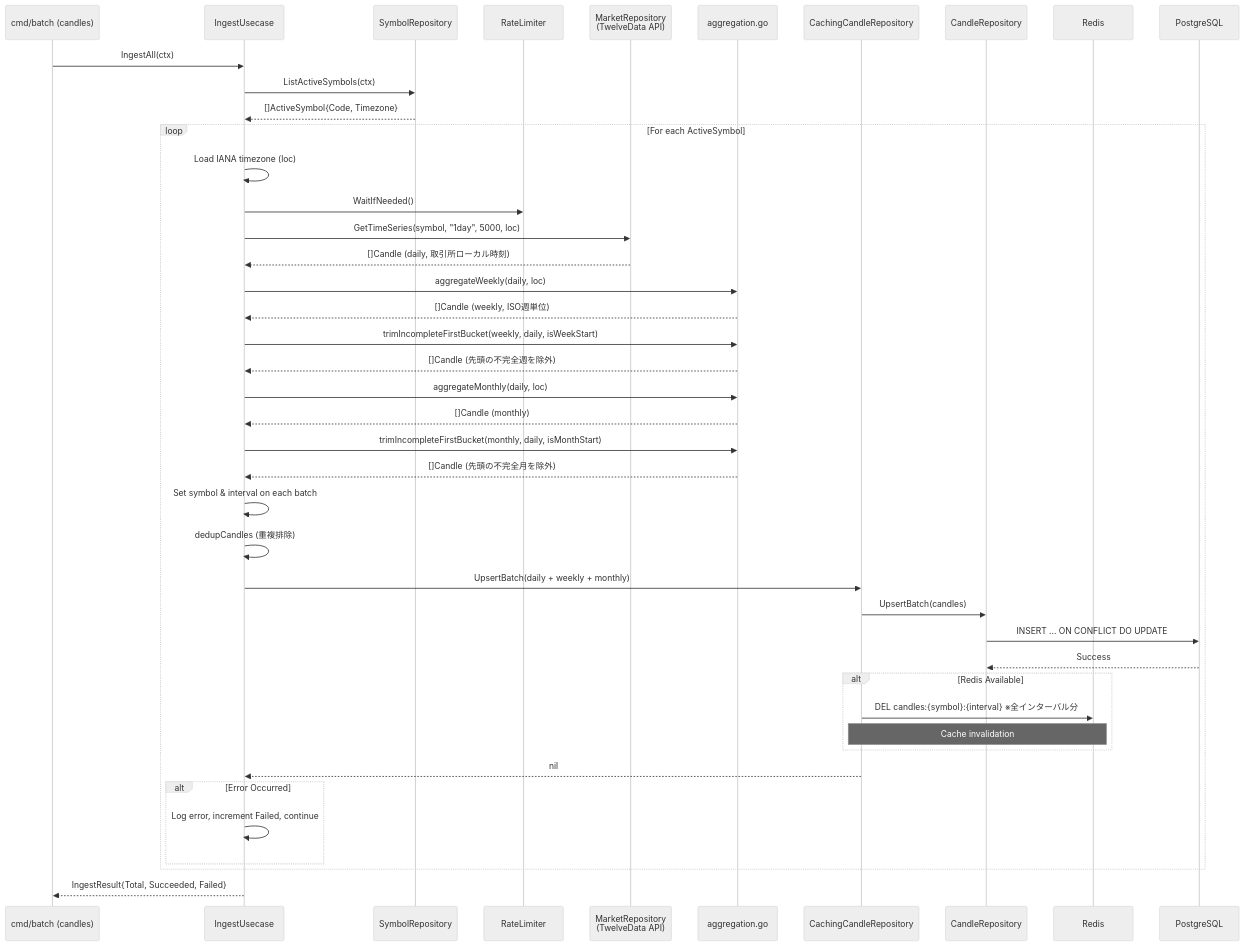
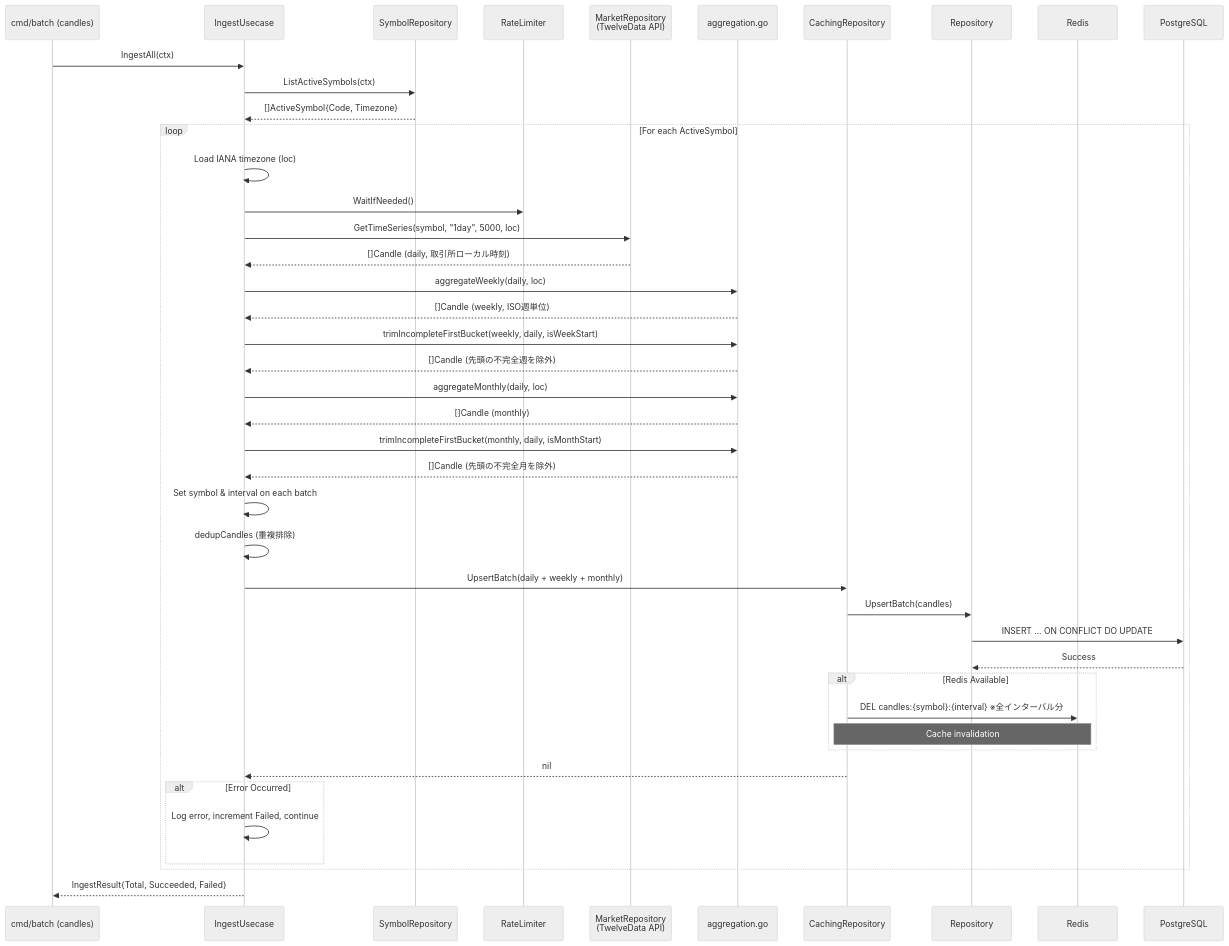
One commit to UCHIDAnobuhiro/stock_backend changed the second of 3 diagrams in internal/feature/candles/README.md. Above: the diagram before and after it, drawn with Mermaid (neutral theme). The commit also changed other lines of this file and 41 other files, not shown here.

````diff
--- a/internal/feature/candles/README.md
+++ b/internal/feature/candles/README.md
@@ -67,54 +67,54 @@
 ```mermaid
 sequenceDiagram
     participant Main as cmd/batch (candles)
     participant Usecase as IngestUsecase
     participant SymbolRepo as SymbolRepository
     participant RateLimiter
     participant Market as MarketRepository<br/>(TwelveData API)
     participant Aggregation as aggregation.go
-    participant Cache as CachingCandleRepository
-    participant Repository as CandleRepository
+    participant Cache as CachingRepository
+    participant Repository as Repository
     participant Redis
     participant DB as PostgreSQL
 
     Main->>Usecase: IngestAll(ctx)
     Usecase->>SymbolRepo: ListActiveSymbols(ctx)
     SymbolRepo-->>Usecase: []ActiveSymbol{Code, Timezone}
 
     loop For each ActiveSymbol
         Usecase->>Usecase: Load IANA timezone (loc)
         Usecase->>RateLimiter: WaitIfNeeded()
         Usecase->>Market: GetTimeSeries(symbol, "1day", 5000, loc)
         Market-->>Usecase: []Candle (daily, 取引所ローカル時刻)
 
         Usecase->>Aggregation: aggregateWeekly(daily, loc)
         Aggregation-->>Usecase: []Candle (weekly, ISO週単位)
         Usecase->>Aggregation: trimIncompleteFirstBucket(weekly, daily, isWeekStart)
         Aggregation-->>Usecase: []Candle (先頭の不完全週を除外)
 
         Usecase->>Aggregation: aggregateMonthly(daily, loc)
         Aggregation-->>Usecase: []Candle (monthly)
         Usecase->>Aggregation: trimIncompleteFirstBucket(monthly, daily, isMonthStart)
         Aggregation-->>Usecase: []Candle (先頭の不完全月を除外)
 
         Usecase->>Usecase: Set symbol & interval on each batch
         Usecase->>Usecase: dedupCandles (重複排除)
         Usecase->>Cache: UpsertBatch(daily + weekly + monthly)
         Cache->>Repository: UpsertBatch(candles)
         Repository->>DB: INSERT ... ON CONFLICT DO UPDATE
         DB-->>Repository: Success
 
         alt Redis Available
             Cache->>Redis: DEL candles:{symbol}:{interval} ※全インターバル分
             Note over Cache,Redis: Cache invalidation
         end
 
         Cache-->>Usecase: nil
 
         alt Error Occurred
             Usecase->>Usecase: Log error, increment Failed, continue
         end
     end
 
     Usecase-->>Main: IngestResult{Total, Succeeded, Failed}
 ```
````
